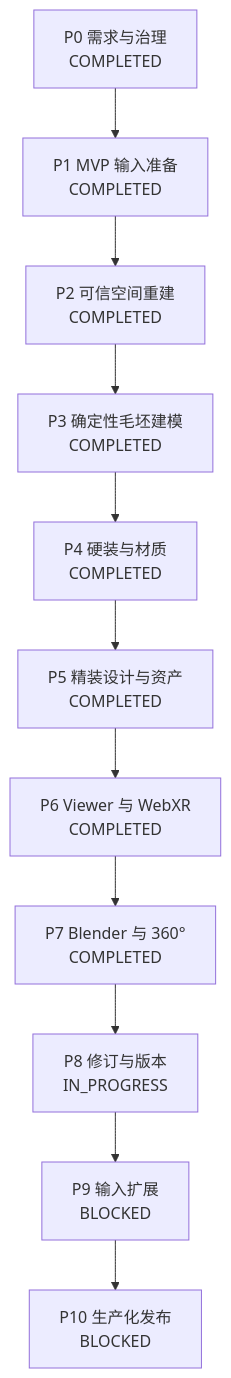
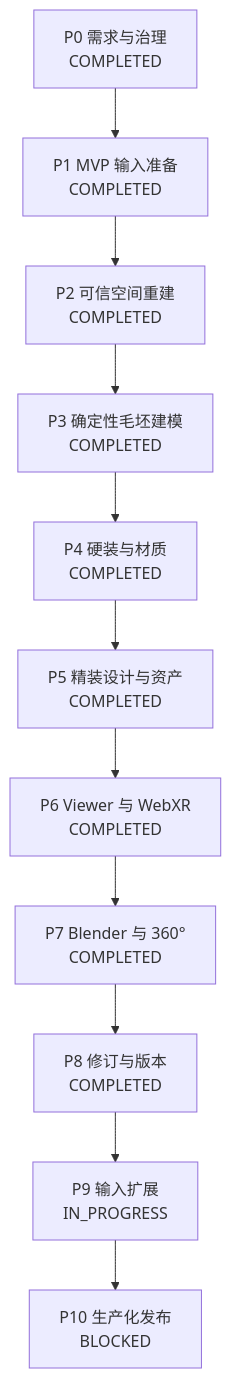
One commit to keson-skill/VR-3D-Skill changed the second of 2 diagrams in 需求文档.md. Above: the diagram before and after it, drawn with Mermaid. The commit also changed other lines of this file and 20 other files, not shown here.

````diff
--- a/需求文档.md
+++ b/需求文档.md
@@ -438,13 +438,13 @@
 ```mermaid
 flowchart TD
     P0["P0 需求与治理<br/>COMPLETED"] --> P1["P1 MVP 输入准备<br/>COMPLETED"]
     P1 --> P2["P2 可信空间重建<br/>COMPLETED"]
     P2 --> P3["P3 确定性毛坯建模<br/>COMPLETED"]
     P3 --> P4["P4 硬装与材质<br/>COMPLETED"]
     P4 --> P5["P5 精装设计与资产<br/>COMPLETED"]
     P5 --> P6["P6 Viewer 与 WebXR<br/>COMPLETED"]
     P6 --> P7["P7 Blender 与 360°<br/>COMPLETED"]
-    P7 --> P8["P8 修订与版本<br/>IN_PROGRESS"]
-    P8 --> P9["P9 输入扩展<br/>BLOCKED"]
+    P7 --> P8["P8 修订与版本<br/>COMPLETED"]
+    P8 --> P9["P9 输入扩展<br/>IN_PROGRESS"]
     P9 --> P10["P10 生产化发布<br/>BLOCKED"]
 ```
````
